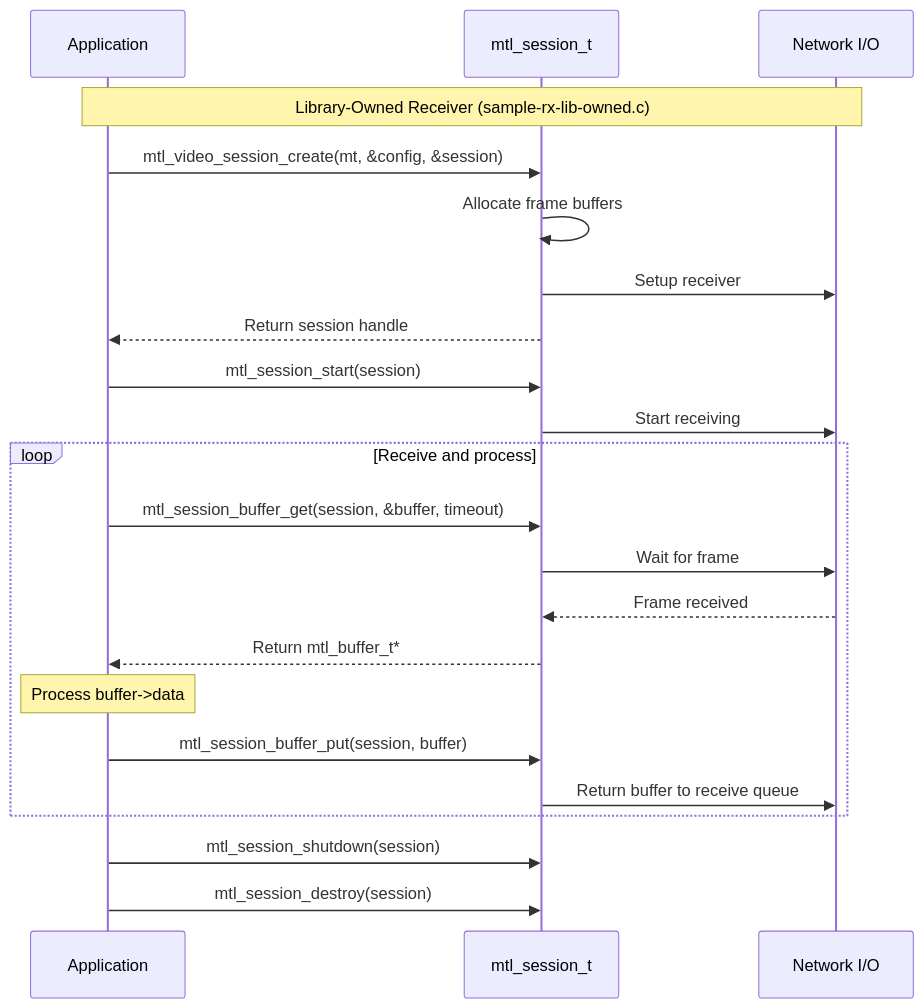
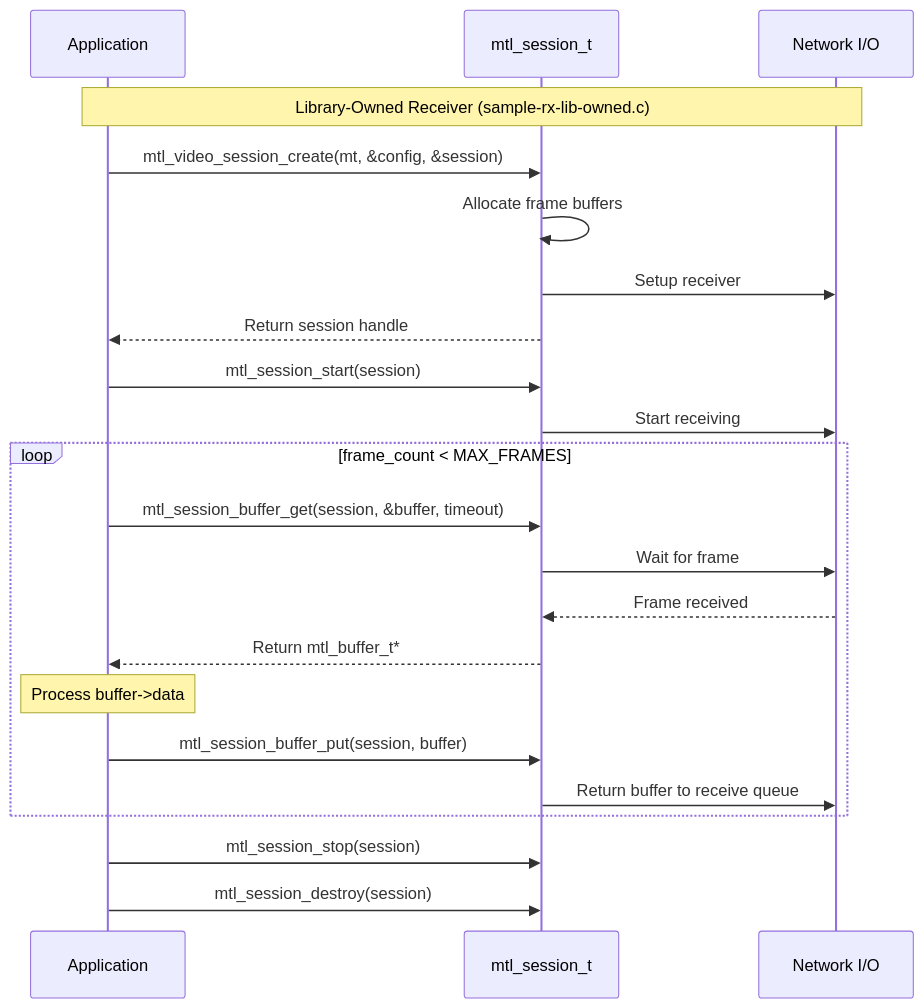
One commit to OpenVisualCloud/Media-Transport-Library changed the first of 10 diagrams in doc/new_API/samples/diagrams.md. Above: the diagram before and after it, drawn with Mermaid. The commit also changed other lines of this file and 14 other files, not shown here.

````diff
--- a/doc/new_API/samples/diagrams.md
+++ b/doc/new_API/samples/diagrams.md
@@ -5,31 +7,31 @@
 ```mermaid
 sequenceDiagram
     participant App as Application
     participant Session as mtl_session_t
     participant Network as Network I/O
 
     Note over App,Network: Library-Owned Receiver (sample-rx-lib-owned.c)
     
     App->>Session: mtl_video_session_create(mt, &config, &session)
     Session->>Session: Allocate frame buffers
     Session->>Network: Setup receiver
     Session-->>App: Return session handle
     
     App->>Session: mtl_session_start(session)
     Session->>Network: Start receiving
     
-    loop Receive and process
+    loop frame_count < MAX_FRAMES
         App->>Session: mtl_session_buffer_get(session, &buffer, timeout)
         Session->>Network: Wait for frame
         Network-->>Session: Frame received
         Session-->>App: Return mtl_buffer_t*
         
         Note over App: Process buffer->data
         
         App->>Session: mtl_session_buffer_put(session, buffer)
         Session->>Network: Return buffer to receive queue
     end
     
-    App->>Session: mtl_session_shutdown(session)
+    App->>Session: mtl_session_stop(session)
     App->>Session: mtl_session_destroy(session)
 ```
````
